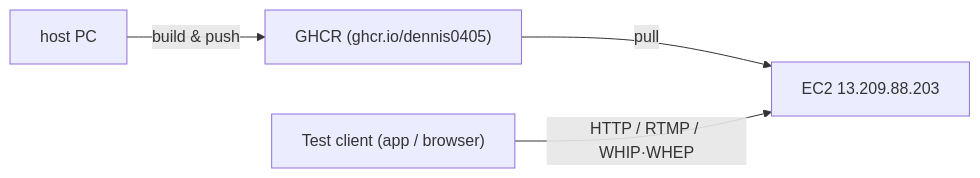
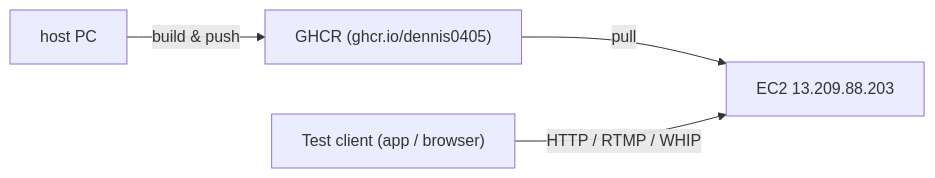
The diagram in docs/14. test_guide.md (ego-flow/ego-flow-server), drawn with Mermaid before and after one commit. The commit also changed other lines of this file and 20 other files, not shown here.

````diff
--- a/docs/14. test_guide.md
+++ b/docs/14. test_guide.md
@@ -48,6 +48,6 @@
 ```mermaid
 flowchart LR
     Dev["host PC"] -->|build & push| GHCR["GHCR (ghcr.io/dennis0405)"]
     GHCR -->|pull| EC2["EC2 13.209.88.203"]
-    Client["Test client (app / browser)"] -->|HTTP / RTMP / WHIP·WHEP| EC2
+    Client["Test client (app / browser)"] -->|HTTP / RTMP / WHIP| EC2
 ```
````
